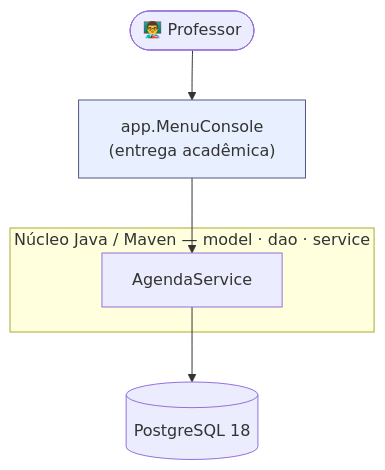
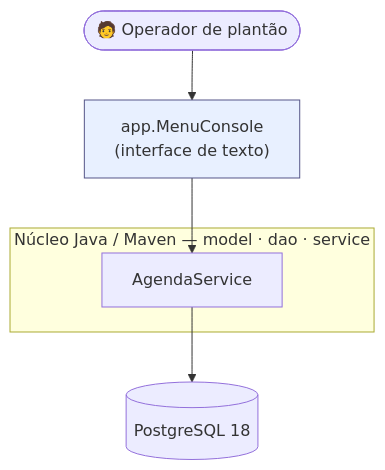
The diagram in README.md (murilonegrao/agenda-contatos-tjgo), drawn with Mermaid before and after one commit. The commit also changed other lines of this file and 9 other files, not shown here.

````diff
--- a/README.md
+++ b/README.md
@@ -31,10 +30,10 @@
 ```mermaid
 flowchart TB
-    prof([👨‍🏫 Professor]) --> console
+    user([🧑 Operador de plantão]) --> console
     subgraph core["Núcleo Java / Maven — model · dao · service"]
       service["AgendaService"]
     end
-    console["app.MenuConsole<br/>(entrega acadêmica)"]:::face --> service
+    console["app.MenuConsole<br/>(interface de texto)"]:::face --> service
     service --> db[("PostgreSQL 18")]
     classDef face fill:#e8f0ff,stroke:#558
 ```
````
